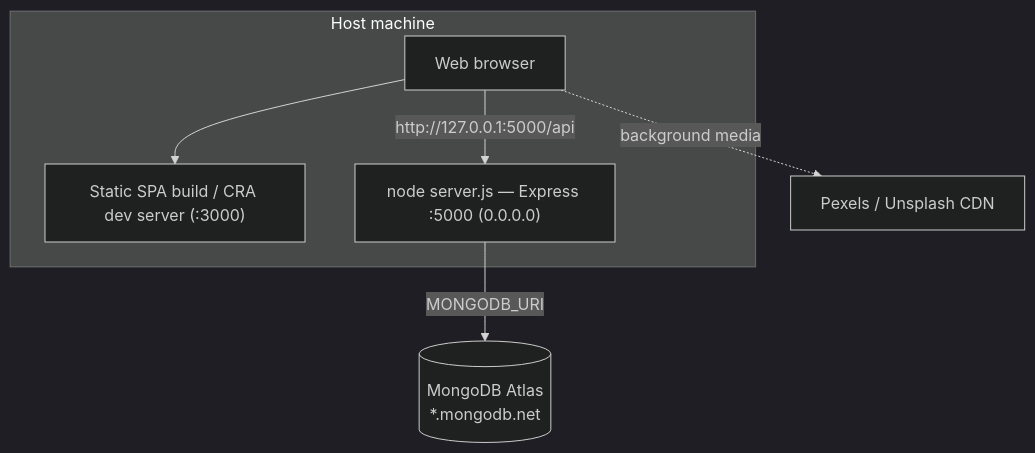
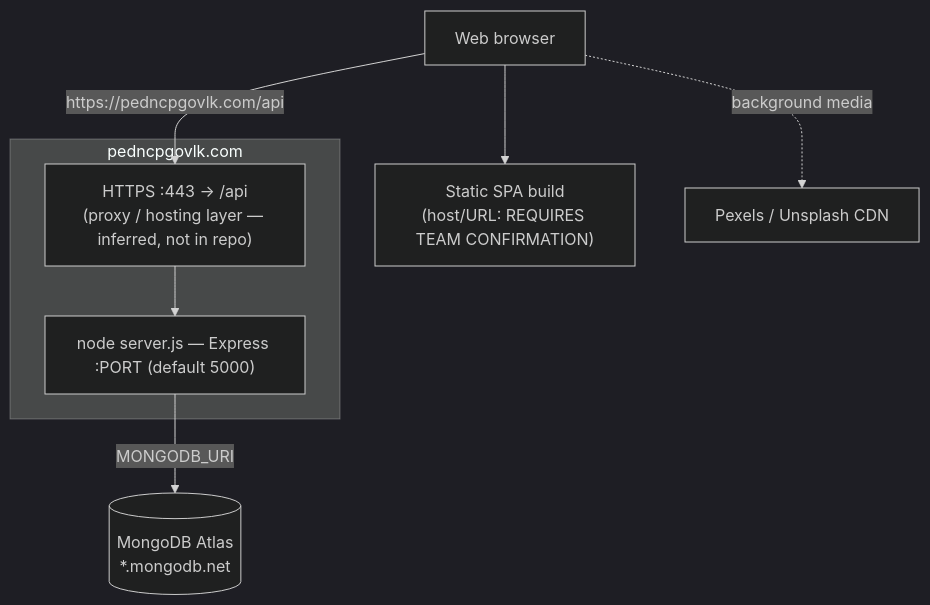
The third of 8 diagrams in TECHNICAL_DOCUMENTATION_EXTRACTION/15_Diagram_Specifications.md (Project-Managment-System/software-engineering-project), drawn with Mermaid (dark theme) before and after one commit. The commit also changed other lines of this file and 14 other files, not shown here.

````diff
--- a/TECHNICAL_DOCUMENTATION_EXTRACTION/15_Diagram_Specifications.md
+++ b/TECHNICAL_DOCUMENTATION_EXTRACTION/15_Diagram_Specifications.md
@@ -79,14 +79,15 @@
 ```mermaid
 flowchart TB
-  subgraph Node1["Host machine"]
-    BR["Web browser"]
-    FEs["Static SPA build / CRA dev server (:3000)"]
-    API["node server.js — Express :5000 (0.0.0.0)"]
+  BR["Web browser"]
+  FEs["Static SPA build<br/>(host/URL: REQUIRES TEAM CONFIRMATION)"]
+  subgraph Prod["pedncpgovlk.com"]
+    PX["HTTPS :443 → /api<br/>(proxy / hosting layer — inferred, not in repo)"]
+    API["node server.js — Express :PORT (default 5000)"]
   end
   ATLAS[("MongoDB Atlas<br/>*.mongodb.net")]
   MEDIA["Pexels / Unsplash CDN"]
   BR --> FEs
-  BR -- "http://127.0.0.1:5000/api" --> API
+  BR -- "https://pedncpgovlk.com/api" --> PX --> API
   API -- "MONGODB_URI" --> ATLAS
   BR -. "background media" .-> MEDIA
 ```
````
